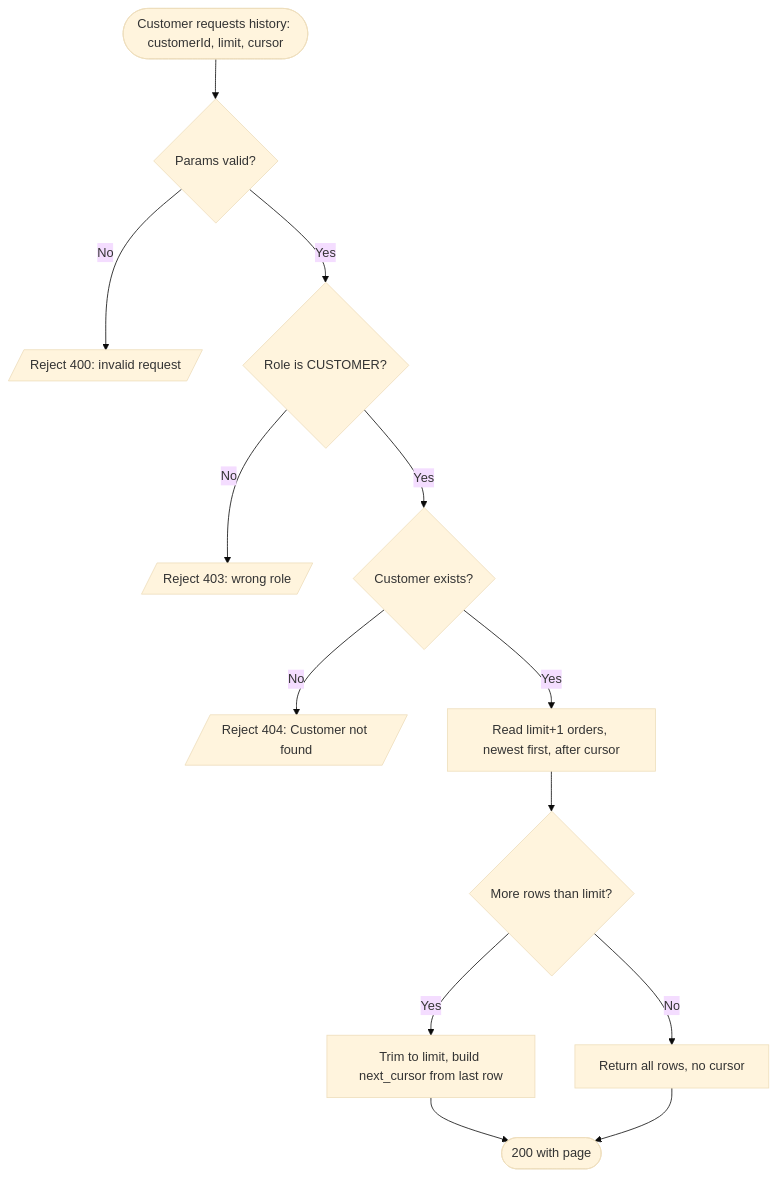
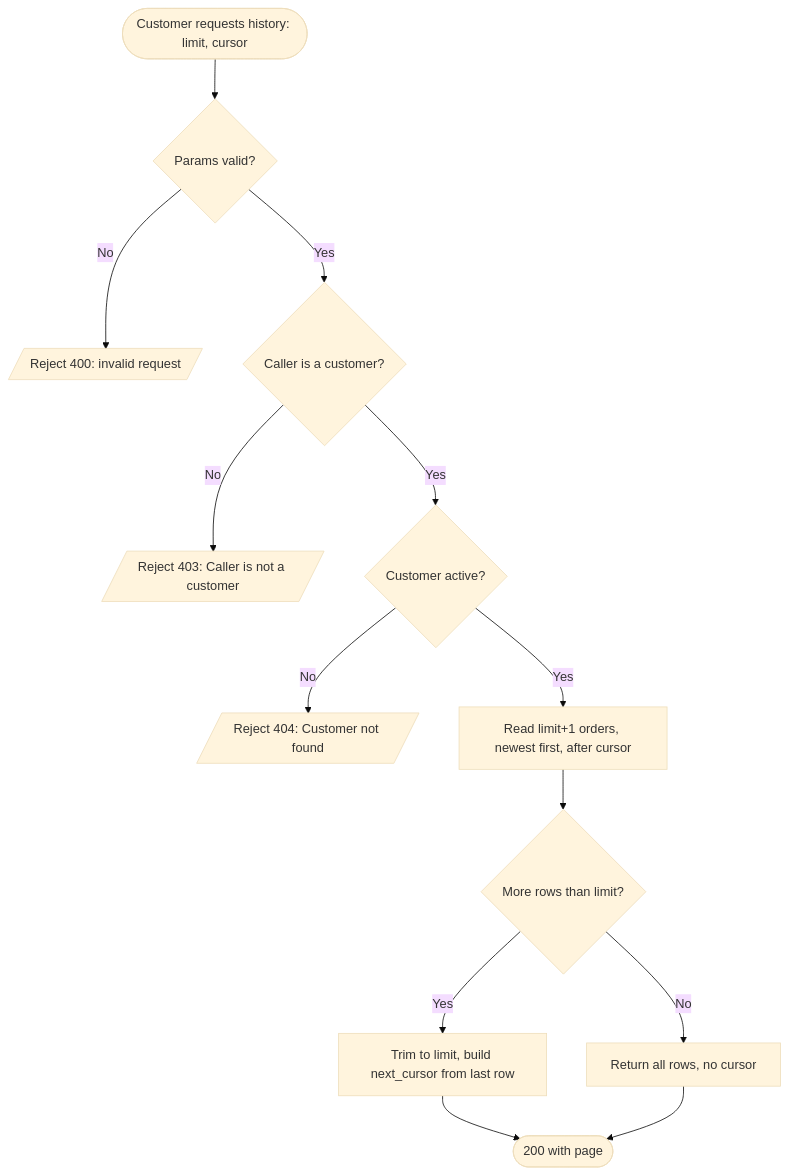
One commit to msmohammed0077-cmd/mentorship-restaurant changed the first of 2 diagrams in restaurant/.docs/use-cases/order-management/view-order-history/view-order-history.md. Above: the diagram before and after it, drawn with Mermaid (base theme). The commit also changed other lines of this file and 25 other files, not shown here.

````diff
--- a/restaurant/.docs/use-cases/order-management/view-order-history/view-order-history.md
+++ b/restaurant/.docs/use-cases/order-management/view-order-history/view-order-history.md
@@ -217,15 +212,15 @@
 ```mermaid
 flowchart TD
-    Start([Customer requests history: customerId, limit, cursor]) --> Bind{"Params valid?"}
+    Start([Customer requests history: limit, cursor]) --> Bind{"Params valid?"}
     Bind -- No --> Rej400[/Reject 400: invalid request/]
-    Bind -- Yes --> Role{"Role is CUSTOMER?"}
-    Role -- No --> Rej403[/Reject 403: wrong role/]
-    Role -- Yes --> Exists{Customer exists?}
+    Bind -- Yes --> Role{"Caller is a customer?"}
+    Role -- No --> Rej403[/Reject 403: Caller is not a customer/]
+    Role -- Yes --> Exists{Customer active?}
     Exists -- No --> Rej404[/Reject 404: Customer not found/]
     Exists -- Yes --> Read[Read limit+1 orders, newest first, after cursor]
     Read --> More{"More rows than limit?"}
     More -- Yes --> WithCursor[Trim to limit, build next_cursor from last row]
     More -- No --> NoCursor[Return all rows, no cursor]
     WithCursor --> Done([200 with page])
     NoCursor --> Done
 ```
````
